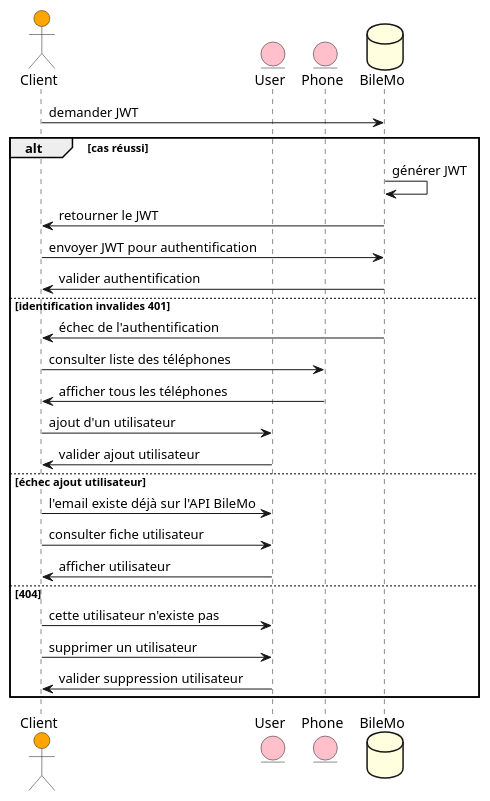
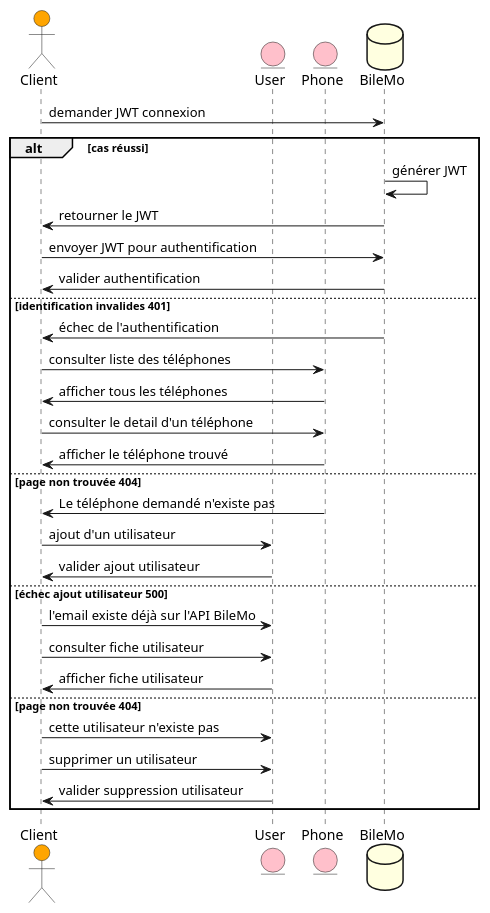
One commit to laurasullyalexandrine/BileMo changed the diagram in diagrams-uml/Sequence/ClientSequence.puml. Above: the diagram before and after it, drawn with PlantUML.

Commit message:
adding sequence cases

```diff
--- a/diagrams-uml/Sequence/ClientSequence.puml
+++ b/diagrams-uml/Sequence/ClientSequence.puml
@@ -1,40 +1,45 @@
 @startuml ClientSequence
 
 skinparam responseCommentBelowArrow true
 skinparam SequenceCommentAlignment center
 
 actor Client as Client #Orange
 
 entity User as User #Pink
 entity Phone as Phone #Pink
 
 database BileMo as BileMo #LightYellow
 
-Client -> BileMo: demander JWT
+Client -> BileMo: demander JWT connexion
 alt cas réussi
 BileMo -> BileMo: générer JWT
 BileMo -> Client: retourner le JWT
 
 Client -> BileMo: envoyer JWT pour authentification
 BileMo-> Client: valider authentification 
 else identification invalides 401
 BileMo-> Client: échec de l'authentification
 
 Client -> Phone: consulter liste des téléphones
 Phone -> Client: afficher tous les téléphones
 
+Client -> Phone: consulter le detail d'un téléphone
+Phone -> Client: afficher le téléphone trouvé
+else page non trouvée 404
+Phone -> Client: Le téléphone demandé n'existe pas
+
 Client -> User: ajout d'un utilisateur
 User -> Client: valider ajout utilisateur
-else échec ajout utilisateur
+else échec ajout utilisateur 500
 Client -> User: l'email existe déjà sur l'API BileMo
 
 Client -> User: consulter fiche utilisateur
-User -> Client: afficher utilisateur
-else 404
+User -> Client: afficher fiche utilisateur
+else page non trouvée 404
 Client -> User: cette utilisateur n'existe pas
 
 Client -> User: supprimer un utilisateur
 User -> Client: valider suppression utilisateur
 
 end
 @enduml
```
